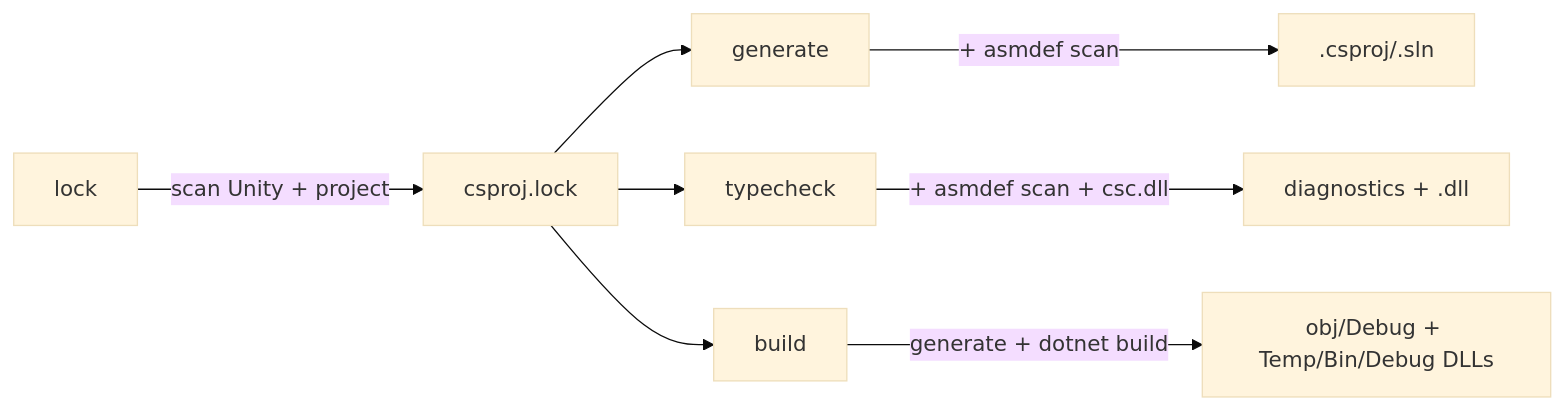
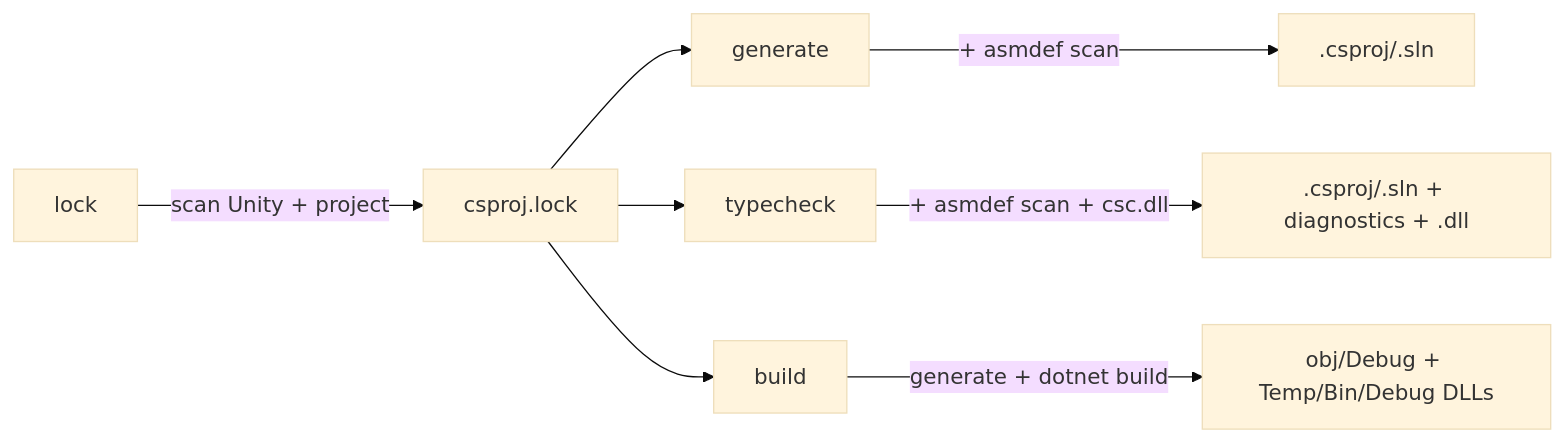
One commit to studio-boxcat/unity-solution-generator changed the diagram in CLAUDE.md. Above: the diagram before and after it, drawn with Mermaid (base theme). The commit also changed other lines of this file and 4 other files, not shown here.

First line of the commit message:
typecheck: refresh .csproj/.sln alongside diagnostics

````diff
--- a/CLAUDE.md
+++ b/CLAUDE.md
@@ -86,10 +86,10 @@
 ```mermaid
 graph LR
     A[lock] -->|scan Unity + project| B[csproj.lock]
     B --> C[generate]
     B --> T[typecheck]
     B --> X[build]
     C -->|+ asmdef scan| D[.csproj/.sln]
-    T -->|+ asmdef scan + csc.dll| E[diagnostics + .dll]
+    T -->|+ asmdef scan + csc.dll| E[.csproj/.sln + diagnostics + .dll]
     X -->|generate + dotnet build| F[obj/Debug + Temp/Bin/Debug DLLs]
 ```
````
